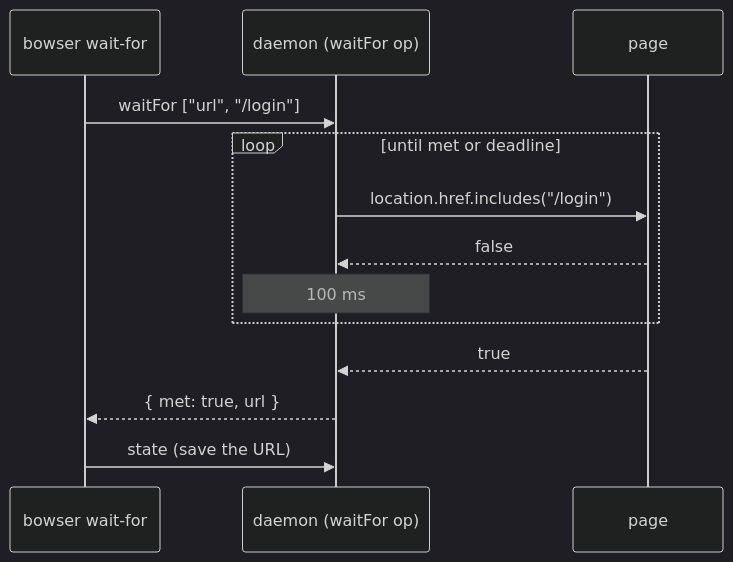
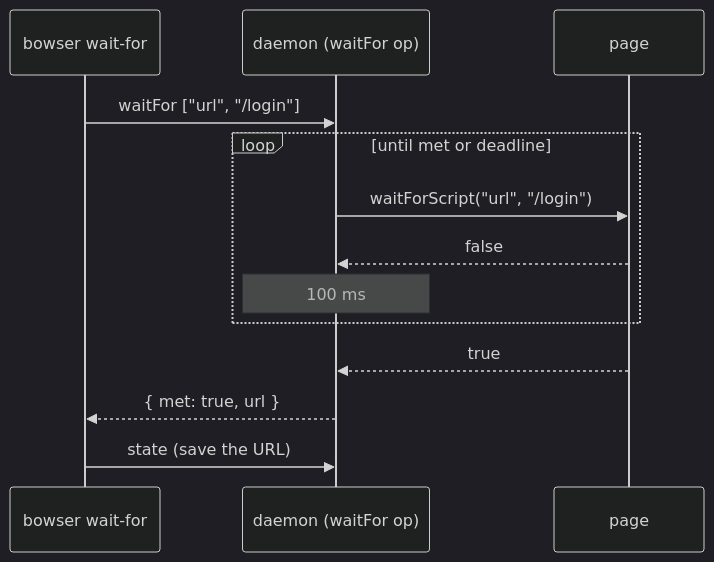
The diagram in docs/superpowers/specs/2026-10-27-wait-for-design.md (drakulavich/bowser), drawn with Mermaid (dark theme) before and after one commit. The commit also changed other lines of this file, not shown here.

First line of the commit message:
docs(spec): wait-for after Grok review: deadline through handle, no raced reads, JSON value, budget 0

````diff
--- a/docs/superpowers/specs/2026-10-27-wait-for-design.md
+++ b/docs/superpowers/specs/2026-10-27-wait-for-design.md
@@ -50,15 +67,15 @@
 ```mermaid
 sequenceDiagram
   participant CLI as bowser wait-for
   participant D as daemon (waitFor op)
   participant P as page
   CLI->>D: waitFor ["url", "/login"]
   loop until met or deadline
-    D->>P: location.href.includes("/login")
+    D->>P: waitForScript("url", "/login")
     P-->>D: false
     Note over D: 100 ms
   end
   P-->>D: true
   D-->>CLI: { met: true, url }
   CLI->>D: state (save the URL)
 ```
````
